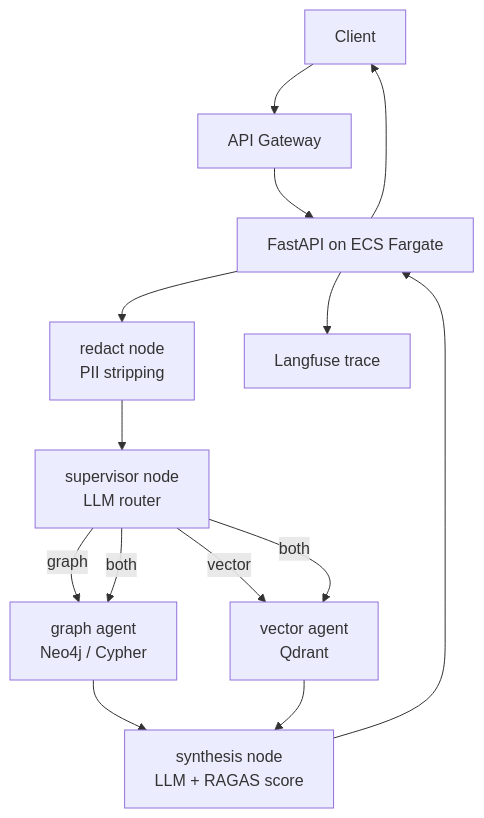
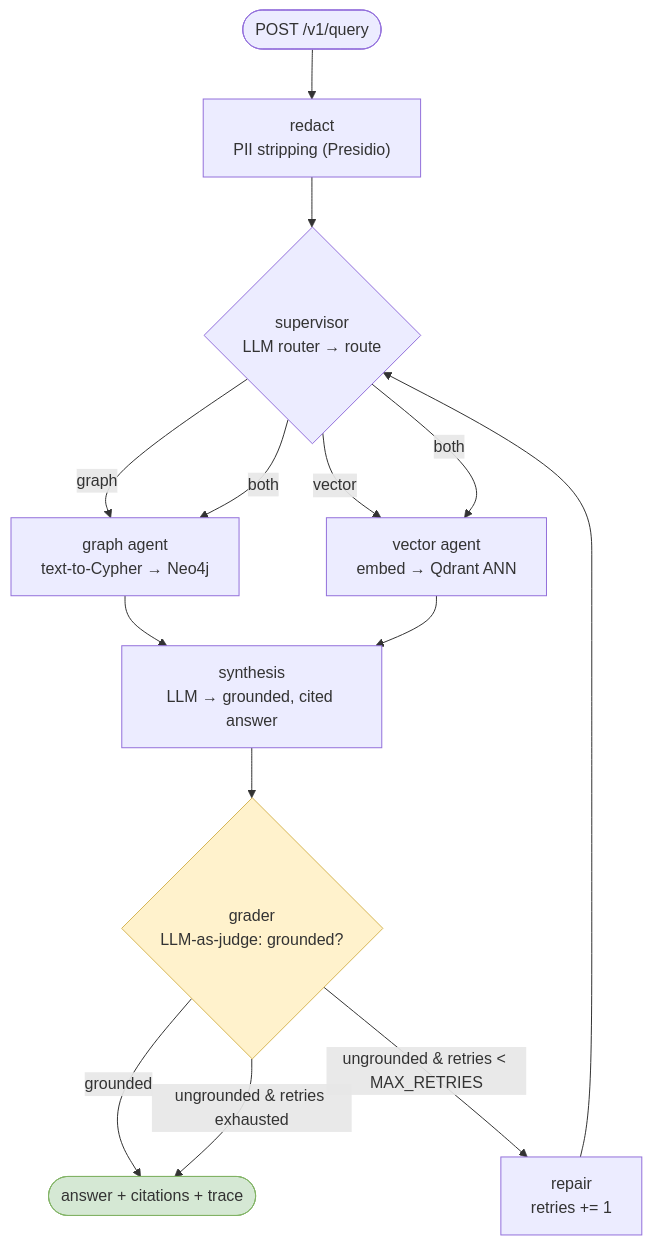
Before and after one commit to munyaradzi-zhou/provenance-agent: the first of 3 diagrams in docs/architecture.md, drawn with Mermaid. The commit also changed other lines of this file and 1 other file, not shown here.

First line of the commit message:
docs: comprehensive architecture diagrams + fix Entity schema inaccuracy

````diff
--- a/docs/architecture.md
+++ b/docs/architecture.md
@@ -5,16 +13,18 @@
 ```mermaid
-flowchart TD
-    C[Client] --> AGW[API Gateway]
-    AGW --> API[FastAPI on ECS Fargate]
-    API --> R[redact node<br/>PII stripping]
-    R --> S[supervisor node<br/>LLM router]
-    S -->|graph| GA[graph agent<br/>Neo4j / Cypher]
-    S -->|vector| VA[vector agent<br/>Qdrant]
+flowchart TB
+    START([POST /v1/query]) --> R["redact<br/>PII stripping (Presidio)"]
+    R --> S{"supervisor<br/>LLM router → route"}
+    S -->|graph| GA["graph agent<br/>text-to-Cypher → Neo4j"]
+    S -->|vector| VA["vector agent<br/>embed → Qdrant ANN"]
     S -->|both| GA
     S -->|both| VA
-    GA --> SY[synthesis node<br/>LLM + RAGAS score]
+    GA --> SY["synthesis<br/>LLM → grounded, cited answer"]
     VA --> SY
-    SY --> API
-    API --> LF[Langfuse trace]
-    API --> C
+    SY --> G{"grader<br/>LLM-as-judge: grounded?"}
+    G -->|grounded| END([answer + citations + trace])
+    G -->|"ungrounded & retries < MAX_RETRIES"| RP["repair<br/>retries += 1"]
+    G -->|"ungrounded & retries exhausted"| END
+    RP --> S
+    style G fill:#fff2cc,stroke:#d6b656
+    style END fill:#d5e8d4,stroke:#82b366
 ```
````
